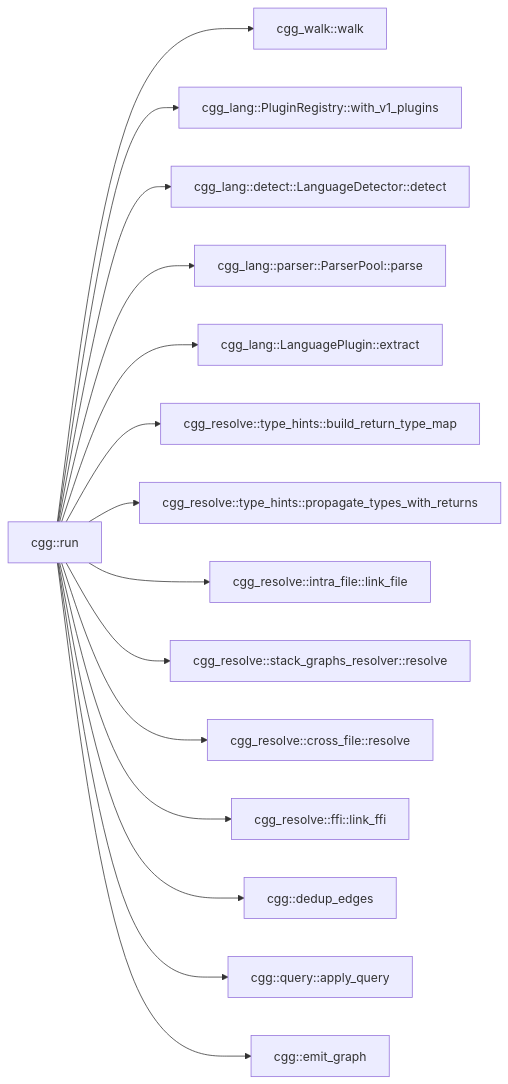
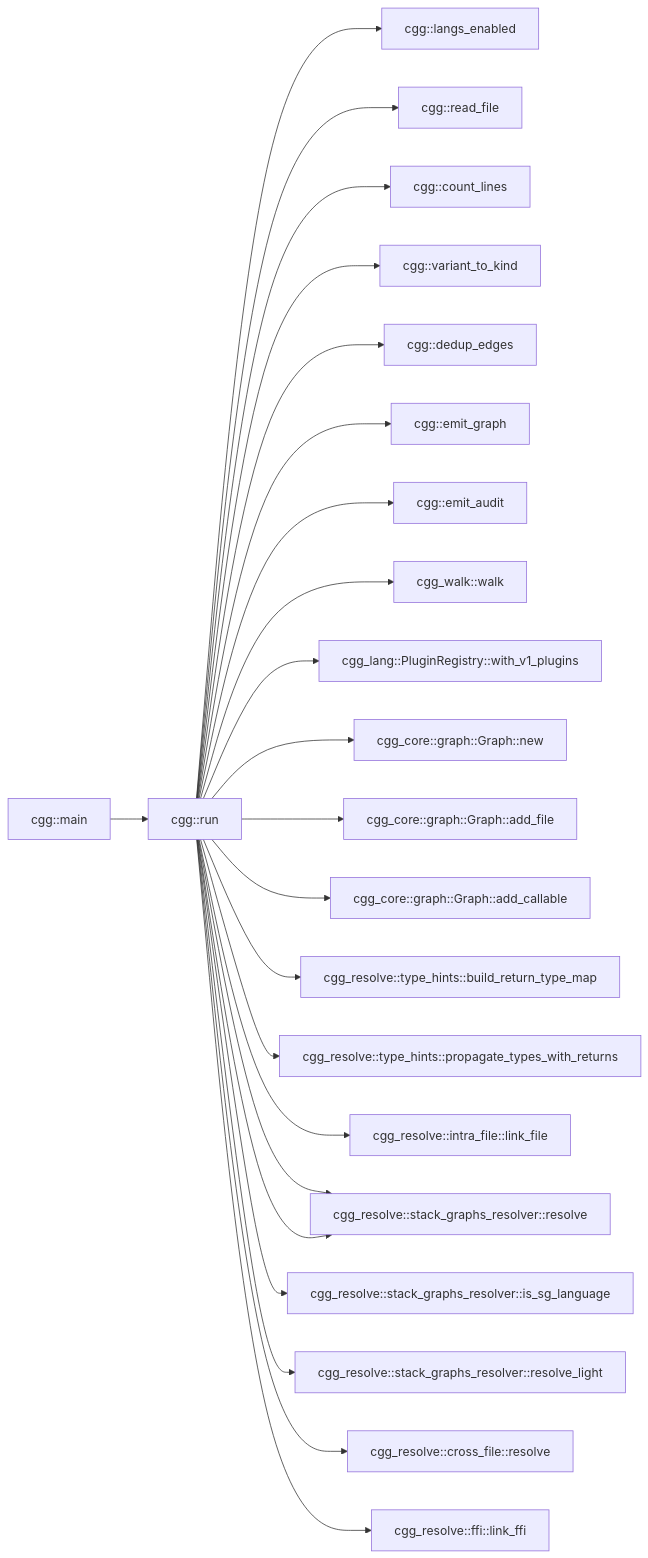
Before and after one commit to NeuralNotwerk/cgg: the first of 3 diagrams in README.md, drawn with Mermaid. The commit also changed other lines of this file, not shown here.

Commit message:
README: replace hand-drawn pipeline with actual cgg output
The self-analysis graph is now the literal output of:
  cgg ./crates -t mermaid --filter 'cgg::run$' -n 1

No curation, no manipulation. Every node ID (C2, C84, etc.) and
every edge is exactly what the tool produces. The command to
reproduce is shown above the graph.

````diff
--- a/README.md
+++ b/README.md
@@ -113,33 +117,47 @@
 ```mermaid
 flowchart LR
-  run["cgg::run"]
-  walk["cgg_walk::walk"]
-  registry["cgg_lang::PluginRegistry::with_v1_plugins"]
-  detect["cgg_lang::detect::LanguageDetector::detect"]
-  parse["cgg_lang::parser::ParserPool::parse"]
-  extract["cgg_lang::LanguagePlugin::extract"]
-  type_map["cgg_resolve::type_hints::build_return_type_map"]
-  propagate["cgg_resolve::type_hints::propagate_types_with_returns"]
-  link["cgg_resolve::intra_file::link_file"]
-  sg["cgg_resolve::stack_graphs_resolver::resolve"]
-  crossfile["cgg_resolve::cross_file::resolve"]
-  ffi["cgg_resolve::ffi::link_ffi"]
-  dedup["cgg::dedup_edges"]
-  query["cgg::query::apply_query"]
-  emit["cgg::emit_graph"]
-
-  run --> walk
-  run --> registry
-  run --> detect
-  run --> parse
-  run --> extract
-  run --> type_map
-  run --> propagate
-  run --> link
-  run --> sg
-  run --> crossfile
-  run --> ffi
-  run --> dedup
-  run --> query
-  run --> emit
+  C2["cgg_walk::walk"]
+  C84["cgg::main"]
+  C86["cgg::run"]
+  C87["cgg::langs_enabled"]
+  C88["cgg::count_lines"]
+  C89["cgg::read_file"]
+  C90["cgg::variant_to_kind"]
+  C91["cgg::dedup_edges"]
+  C93["cgg::emit_graph"]
+  C95["cgg::emit_audit"]
+  C545["cgg_lang::PluginRegistry::with_v1_plugins"]
+  C577["cgg_resolve::type_hints::build_return_type_map"]
+  C578["cgg_resolve::type_hints::propagate_types_with_returns"]
+  C594["cgg_resolve::ffi::link_ffi"]
+  C615["cgg_resolve::stack_graphs_resolver::resolve"]
+  C616["cgg_resolve::stack_graphs_resolver::resolve_light"]
+  C617["cgg_resolve::stack_graphs_resolver::is_sg_language"]
+  C618["cgg_resolve::cross_file::resolve"]
+  C630["cgg_resolve::intra_file::link_file"]
+  C673["cgg_core::graph::Graph::new"]
+  C674["cgg_core::graph::Graph::add_callable"]
+  C675["cgg_core::graph::Graph::add_file"]
+  C84 --> C86
+  C86 --> C87
+  C86 --> C89
+  C86 --> C88
+  C86 --> C90
+  C86 --> C91
+  C86 --> C93
+  C86 --> C95
+  C86 --> C2
+  C86 --> C545
+  C86 --> C673
+  C86 --> C675
+  C86 --> C674
+  C86 --> C577
+  C86 --> C578
+  C86 --> C630
+  C86 --> C615
+  C86 --> C615
+  C86 --> C617
+  C86 --> C616
+  C86 --> C618
+  C86 --> C594
 ```
````
